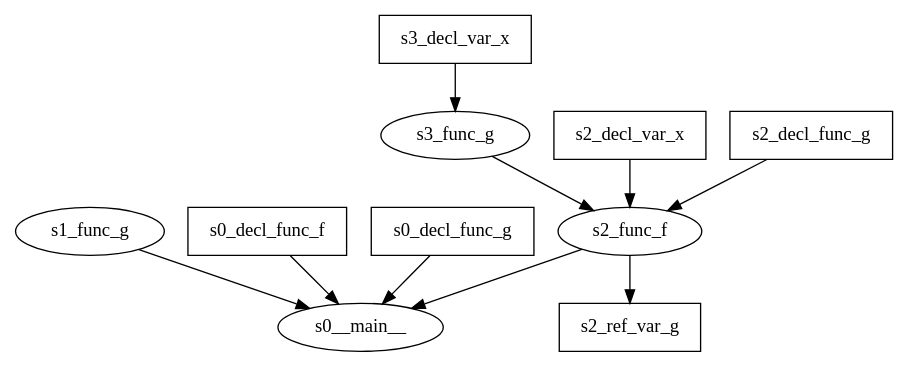
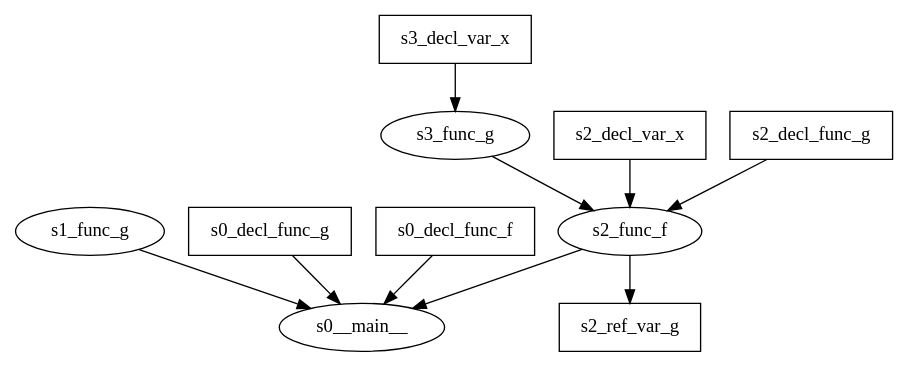
Before and after one commit to denisG99/ATCNS-Supply-Chain-Attack: the diagram in src/evaluation/scope-graphs/class-eval.gv, drawn with Graphviz. The commit also changed other lines of this file and 2 other files, not shown here.

```diff
--- a/src/evaluation/scope-graphs/class-eval.gv
+++ b/src/evaluation/scope-graphs/class-eval.gv
@@ -1,21 +1,21 @@
 digraph {
 	s0__main__
 	s1_func_g
 	s2_func_f
 	s3_func_g
 	s1_func_g -> s0__main__
 	s2_func_f -> s0__main__
 	s3_func_g -> s2_func_f
+	s0_decl_func_g [shape=box]
+	s0_decl_func_g -> s0__main__
 	s0_decl_func_f [shape=box]
 	s0_decl_func_f -> s0__main__
-	s0_decl_func_g [shape=box]
-	s0_decl_func_g -> s0__main__
 	s2_decl_var_x [shape=box]
 	s2_decl_var_x -> s2_func_f
 	s2_decl_func_g [shape=box]
 	s2_decl_func_g -> s2_func_f
 	s3_decl_var_x [shape=box]
 	s3_decl_var_x -> s3_func_g
 	s2_ref_var_g [shape=box]
 	s2_func_f -> s2_ref_var_g
 }
```
